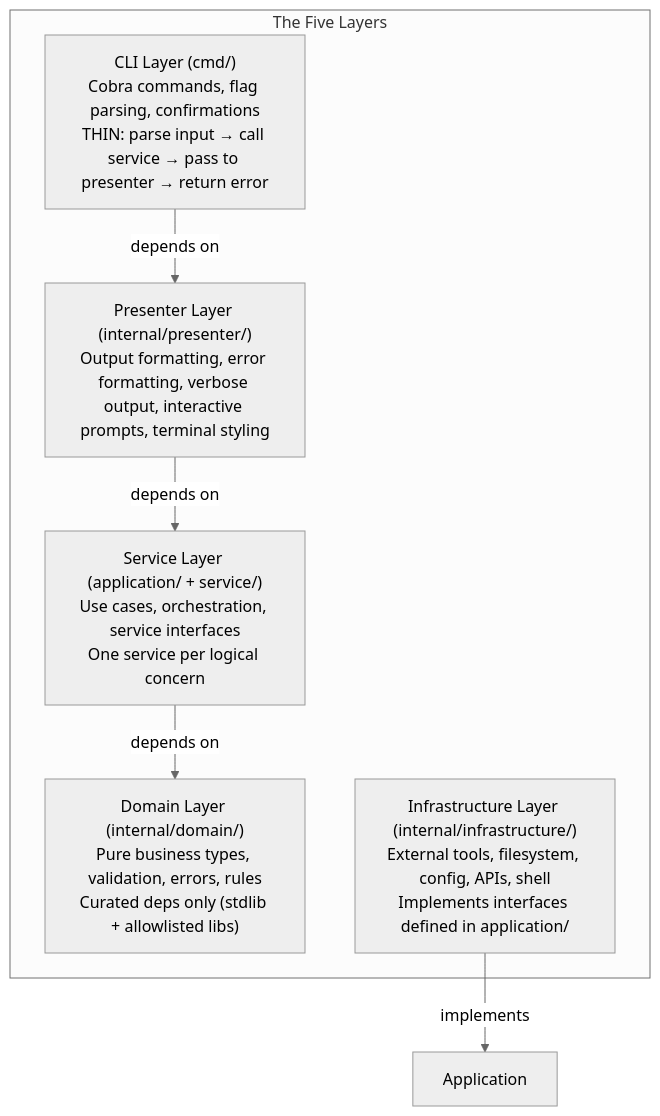
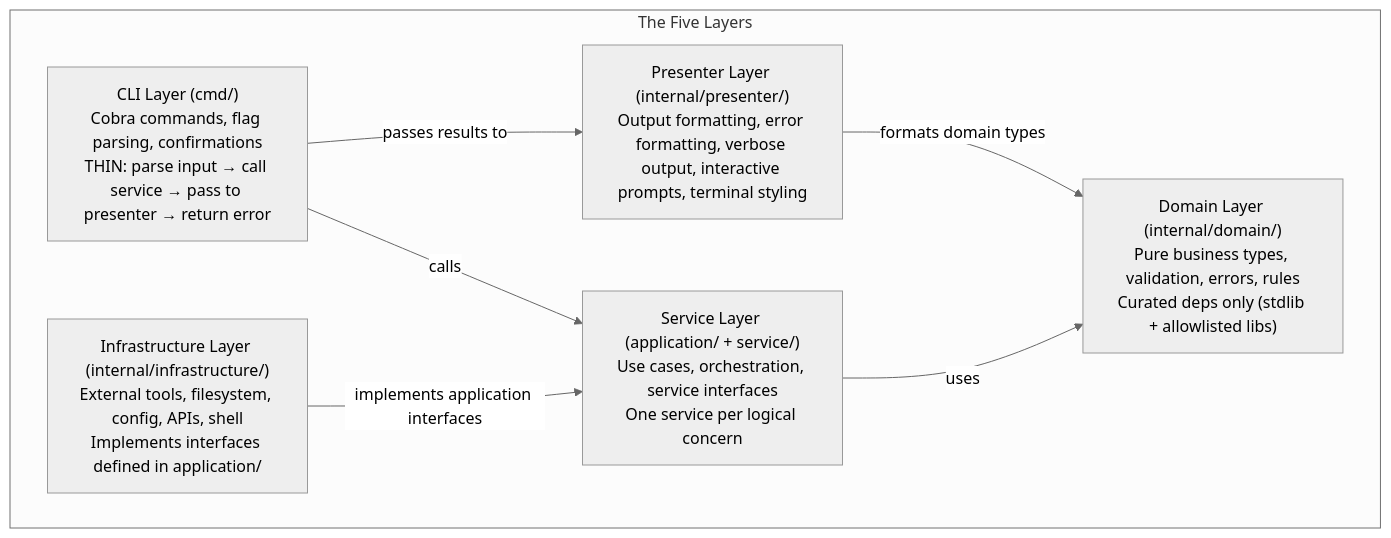
Before and after one commit to amauryconstant/dotfiles: the diagram in private_dot_config/opencode/skills/go-ddd-cli/SKILL.md, drawn with Mermaid (neutral theme). The commit also changed other lines of this file and 6 other files, not shown here.

````diff
--- a/private_dot_config/opencode/skills/go-ddd-cli/SKILL.md
+++ b/private_dot_config/opencode/skills/go-ddd-cli/SKILL.md
@@ -22,15 +22,16 @@
 ```mermaid
 graph TD
     subgraph Layers["The Five Layers"]
         CLI["CLI Layer (cmd/)<br/>Cobra commands, flag parsing, confirmations<br/>THIN: parse input → call service → pass to presenter → return error"]
         Presenter["Presenter Layer (internal/presenter/)<br/>Output formatting, error formatting, verbose output, interactive prompts, terminal styling"]
         Service["Service Layer (application/ + service/)<br/>Use cases, orchestration, service interfaces<br/>One service per logical concern"]
         Domain["Domain Layer (internal/domain/)<br/>Pure business types, validation, errors, rules<br/>Curated deps only (stdlib + allowlisted libs)"]
         Infrastructure["Infrastructure Layer (internal/infrastructure/)<br/>External tools, filesystem, config, APIs, shell<br/>Implements interfaces defined in application/"]
     end
 
-    CLI -->|depends on| Presenter
-    Presenter -->|depends on| Service
-    Service -->|depends on| Domain
-    Infrastructure -->|implements| Application
+    CLI -->|calls| Service
+    CLI -->|passes results to| Presenter
+    Presenter -->|formats domain types| Domain
+    Service -->|uses| Domain
+    Infrastructure -->|implements application interfaces| Service
 ```
````
